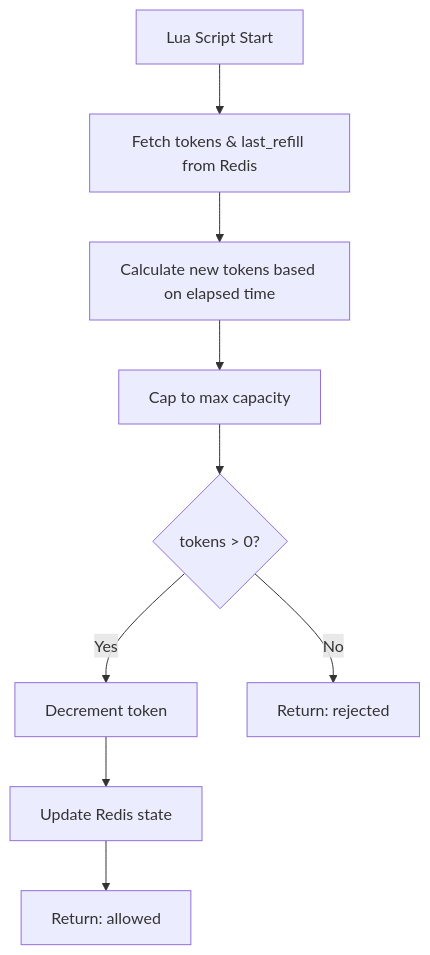
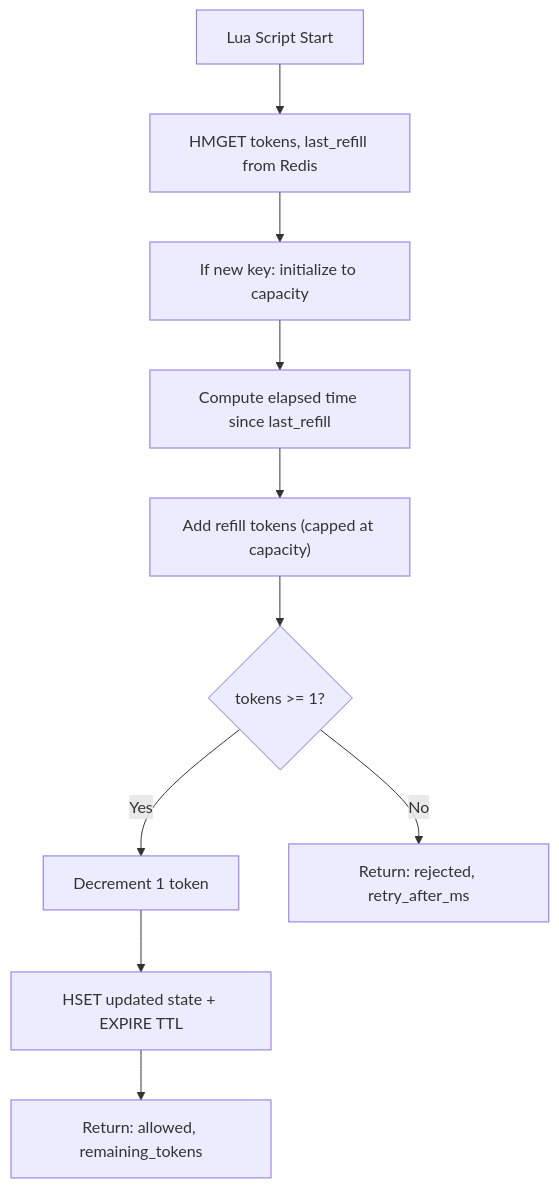
One commit to shivaiitp/Adaptive-Rate-Limiter changed the third of 4 diagrams in README.md. Above: the diagram before and after it, drawn with Mermaid. The commit also changed other lines of this file and 2 other files, not shown here.

````diff
--- a/README.md
+++ b/README.md
@@ -224,11 +281,12 @@
 ```mermaid
 flowchart TD
-    A["Lua Script Start"] --> B["Fetch tokens & last_refill from Redis"]
-    B --> C["Calculate new tokens based on elapsed time"]
-    C --> D["Cap to max capacity"]
-    D --> E{"tokens > 0?"}
-    E -->|Yes| F["Decrement token"]
-    E -->|No| G["Return: rejected"]
-    F --> H["Update Redis state"]
-    H --> I["Return: allowed"]
+    A["Lua Script Start"] --> B["HMGET tokens, last_refill from Redis"]
+    B --> C["If new key: initialize to capacity"]
+    C --> D["Compute elapsed time since last_refill"]
+    D --> E["Add refill tokens (capped at capacity)"]
+    E --> F{"tokens >= 1?"}
+    F -->|Yes| G["Decrement 1 token"]
+    F -->|No| H["Return: rejected, retry_after_ms"]
+    G --> I["HSET updated state + EXPIRE TTL"]
+    I --> J["Return: allowed, remaining_tokens"]
 ```
````
